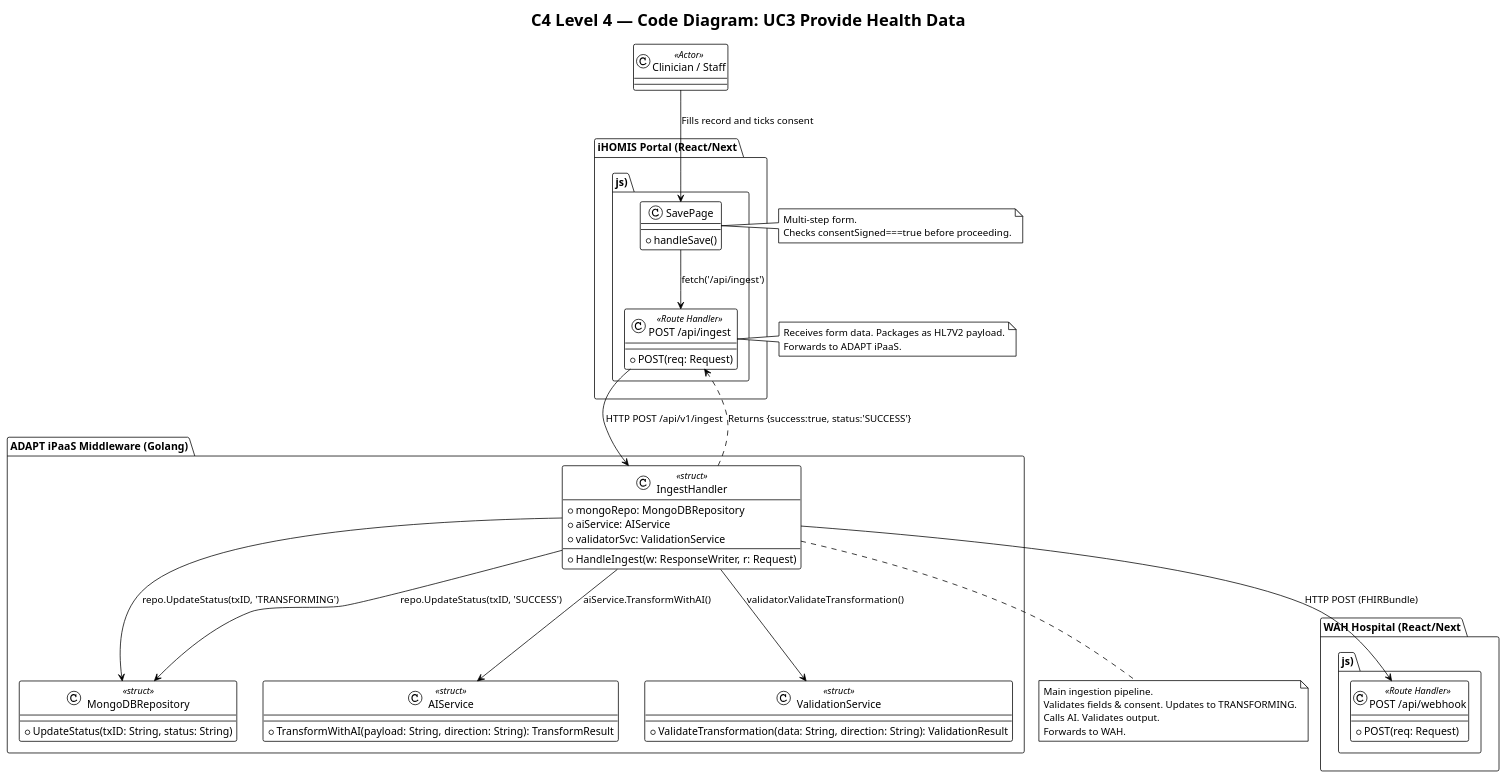
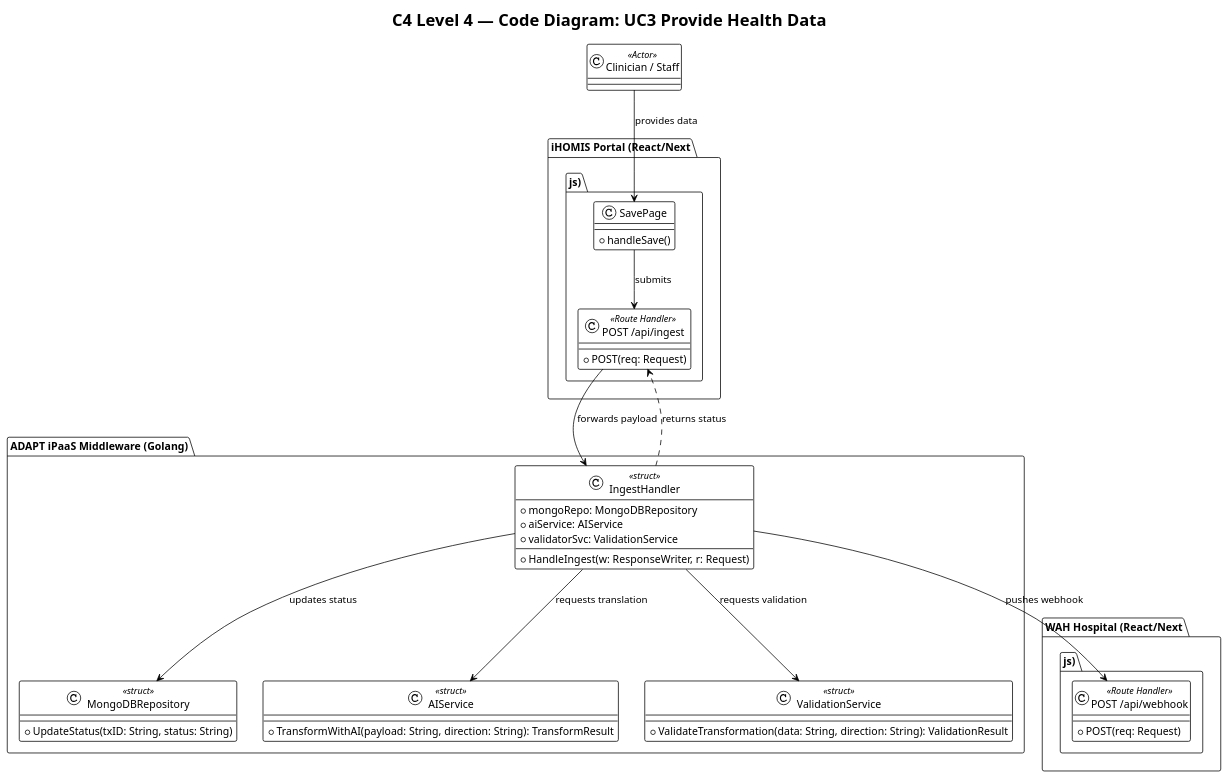
Before and after one commit to Vince0028/WAH4PCE-MERGE-CONFLICT: the diagram in diagrams/c4_diagram/code_diagram/uc3_provide_health_data.puml, drawn with PlantUML. The commit also changed 10 other files, not shown here.

```diff
--- a/diagrams/c4_diagram/code_diagram/uc3_provide_health_data.puml
+++ b/diagrams/c4_diagram/code_diagram/uc3_provide_health_data.puml
@@ -1,67 +1,49 @@
 @startuml UC3_Provide_Health_Data
 !theme plain
 title C4 Level 4 — Code Diagram: UC3 Provide Health Data
 
 package "iHOMIS Portal (React/Next.js)" {
     class SavePage {
         + handleSave()
     }
     class "POST /api/ingest" as iHOMISIngestProxy <<Route Handler>> {
         + POST(req: Request)
     }
 }
 
 package "ADAPT iPaaS Middleware (Golang)" {
     class IngestHandler <<struct>> {
         + mongoRepo: MongoDBRepository
         + aiService: AIService
         + validatorSvc: ValidationService
         + HandleIngest(w: ResponseWriter, r: Request)
     }
     class MongoDBRepository <<struct>> {
         + UpdateStatus(txID: String, status: String)
     }
     class AIService <<struct>> {
         + TransformWithAI(payload: String, direction: String): TransformResult
     }
     class ValidationService <<struct>> {
         + ValidateTransformation(data: String, direction: String): ValidationResult
     }
 }
 
 package "WAH Hospital (React/Next.js)" {
     class "POST /api/webhook" as WAHWebhook <<Route Handler>> {
         + POST(req: Request)
     }
 }
 
 class "Clinician / Staff" as Clinician <<Actor>>
 
-Clinician --> SavePage : Fills record and ticks consent
-SavePage --> iHOMISIngestProxy : fetch('/api/ingest')
-iHOMISIngestProxy --> IngestHandler : HTTP POST /api/v1/ingest
-IngestHandler --> MongoDBRepository : repo.UpdateStatus(txID, 'TRANSFORMING')
-IngestHandler --> AIService : aiService.TransformWithAI()
-IngestHandler --> ValidationService : validator.ValidateTransformation()
-IngestHandler --> MongoDBRepository : repo.UpdateStatus(txID, 'SUCCESS')
-IngestHandler --> WAHWebhook : HTTP POST (FHIRBundle)
-IngestHandler ..> iHOMISIngestProxy : Returns {success:true, status:'SUCCESS'}
-
-note right of SavePage
-  Multi-step form.
-  Checks consentSigned===true before proceeding.
-end note
-
-note right of iHOMISIngestProxy
-  Receives form data. Packages as HL7V2 payload.
-  Forwards to ADAPT iPaaS.
-end note
-
-note bottom of IngestHandler
-  Main ingestion pipeline.
-  Validates fields & consent. Updates to TRANSFORMING.
-  Calls AI. Validates output.
-  Forwards to WAH.
-end note
+Clinician --> SavePage : provides data
+SavePage --> iHOMISIngestProxy : submits
+iHOMISIngestProxy --> IngestHandler : forwards payload
+IngestHandler --> MongoDBRepository : updates status
+IngestHandler --> AIService : requests translation
+IngestHandler --> ValidationService : requests validation
+IngestHandler --> WAHWebhook : pushes webhook
+IngestHandler ..> iHOMISIngestProxy : returns status
 
 @enduml
```
